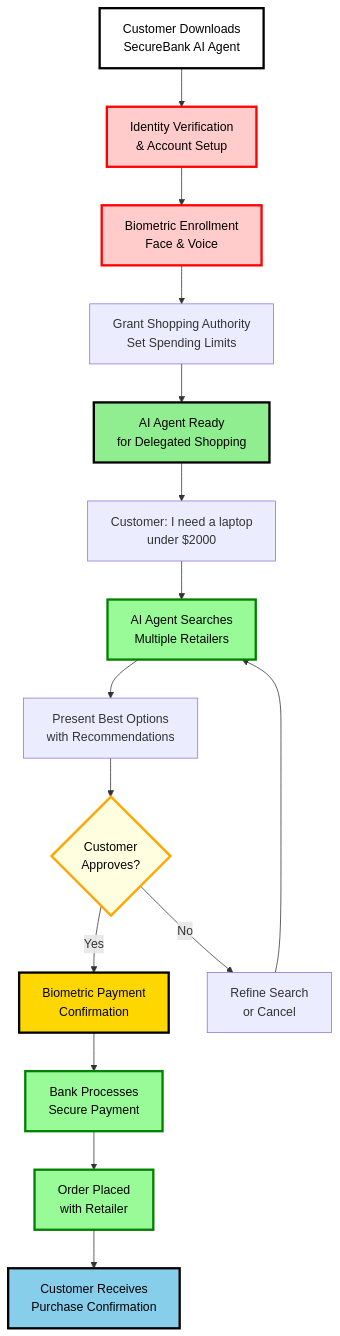
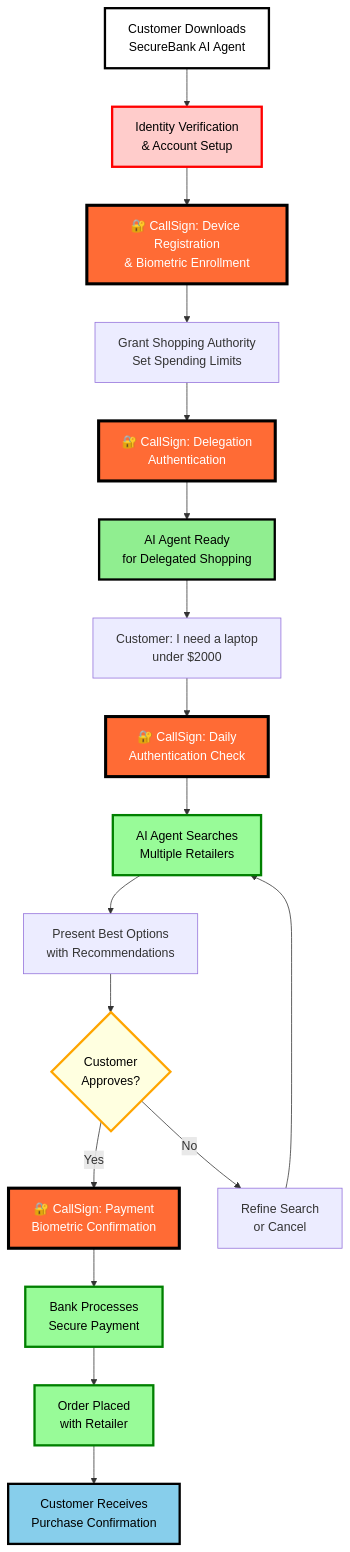
One commit to aarijmh/self_healing_llm changed the diagram in business_flow.mermaid. Above: the diagram before and after it, drawn with Mermaid.

Commit message:
business flow

```diff
--- a/business_flow.mermaid
+++ b/business_flow.mermaid
@@ -1,31 +1,34 @@
 flowchart TD
     A[Customer Downloads<br/>SecureBank AI Agent] --> B[Identity Verification<br/>& Account Setup]
-    B --> C[Biometric Enrollment<br/>Face & Voice]
-    C --> D[Grant Shopping Authority<br/>Set Spending Limits]
-    D --> E[AI Agent Ready<br/>for Delegated Shopping]
+    B --> CS1[🔐 CallSign: Device Registration<br/>& Biometric Enrollment]
+    CS1 --> D[Grant Shopping Authority<br/>Set Spending Limits]
+    D --> CS2[🔐 CallSign: Delegation<br/>Authentication]
+    CS2 --> E[AI Agent Ready<br/>for Delegated Shopping]
     
     E --> F[Customer: I need a laptop<br/>under $2000]
-    F --> G[AI Agent Searches<br/>Multiple Retailers]
+    F --> CS3[🔐 CallSign: Daily<br/>Authentication Check]
+    CS3 --> G[AI Agent Searches<br/>Multiple Retailers]
     G --> H[Present Best Options<br/>with Recommendations]
     H --> I{Customer<br/>Approves?}
     
-    I -->|Yes| J[Biometric Payment<br/>Confirmation]
+    I -->|Yes| CS4[🔐 CallSign: Payment<br/>Biometric Confirmation]
     I -->|No| K[Refine Search<br/>or Cancel]
     K --> G
     
-    J --> L[Bank Processes<br/>Secure Payment]
+    CS4 --> L[Bank Processes<br/>Secure Payment]
     L --> M[Order Placed<br/>with Retailer]
     M --> N[Customer Receives<br/>Purchase Confirmation]
     
     style A fill:#ffffff,stroke:#000000,stroke-width:3px,color:#000000
     style E fill:#90ee90,stroke:#000000,stroke-width:3px,color:#000000
-    style J fill:#ffd700,stroke:#000000,stroke-width:3px,color:#000000
     style N fill:#87ceeb,stroke:#000000,stroke-width:3px,color:#000000
     
+    classDef callsign fill:#ff6b35,stroke:#000000,stroke-width:4px,color:#ffffff
     classDef secure fill:#ffcccb,stroke:#ff0000,stroke-width:3px,color:#000000
     classDef process fill:#98fb98,stroke:#008000,stroke-width:3px,color:#000000
     classDef decision fill:#ffffe0,stroke:#ffa500,stroke-width:3px,color:#000000
     
-    class B,C,J secure
+    class CS1,CS2,CS3,CS4 callsign
+    class B secure
     class G,L,M process
     class I decision
```
